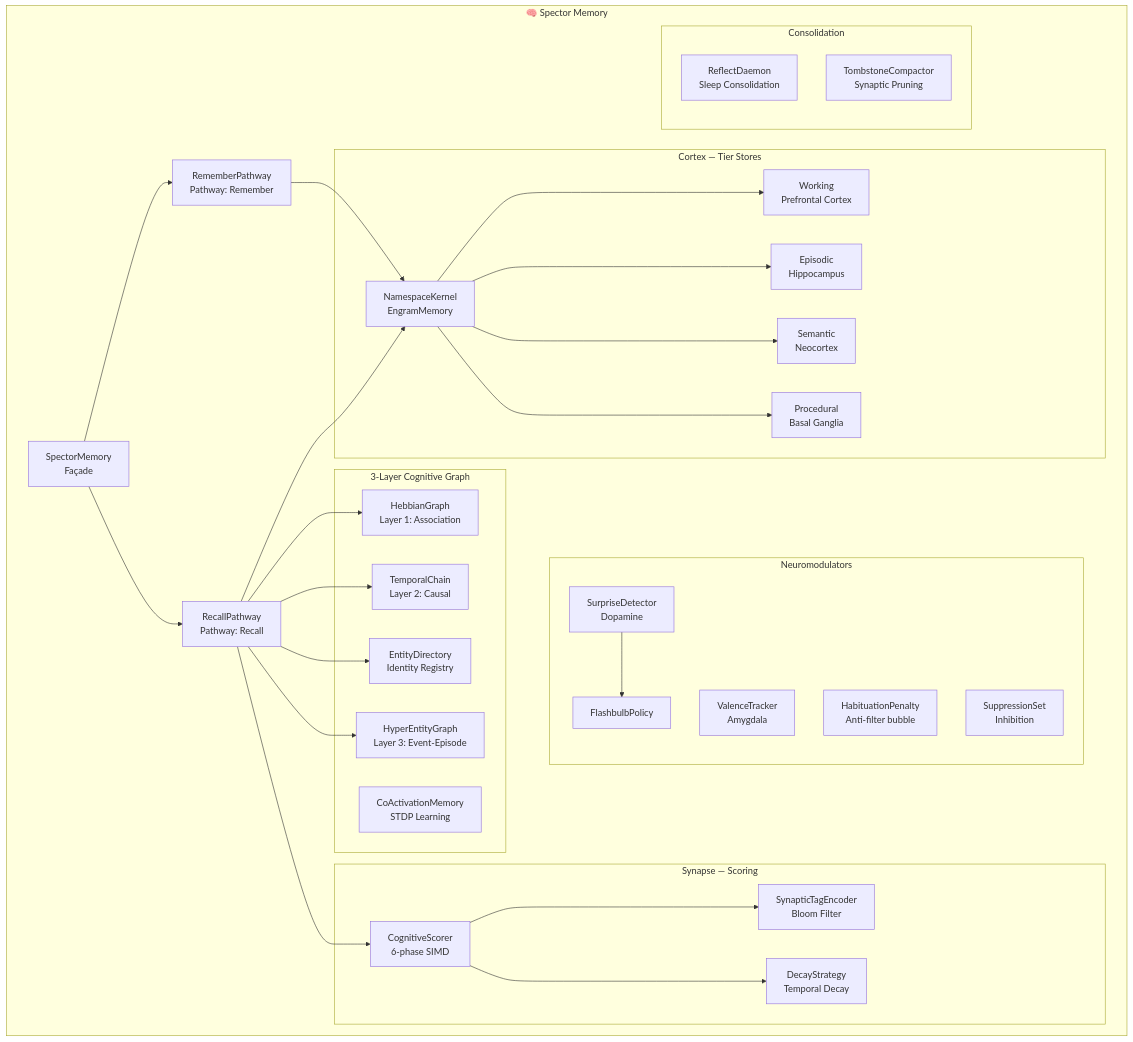
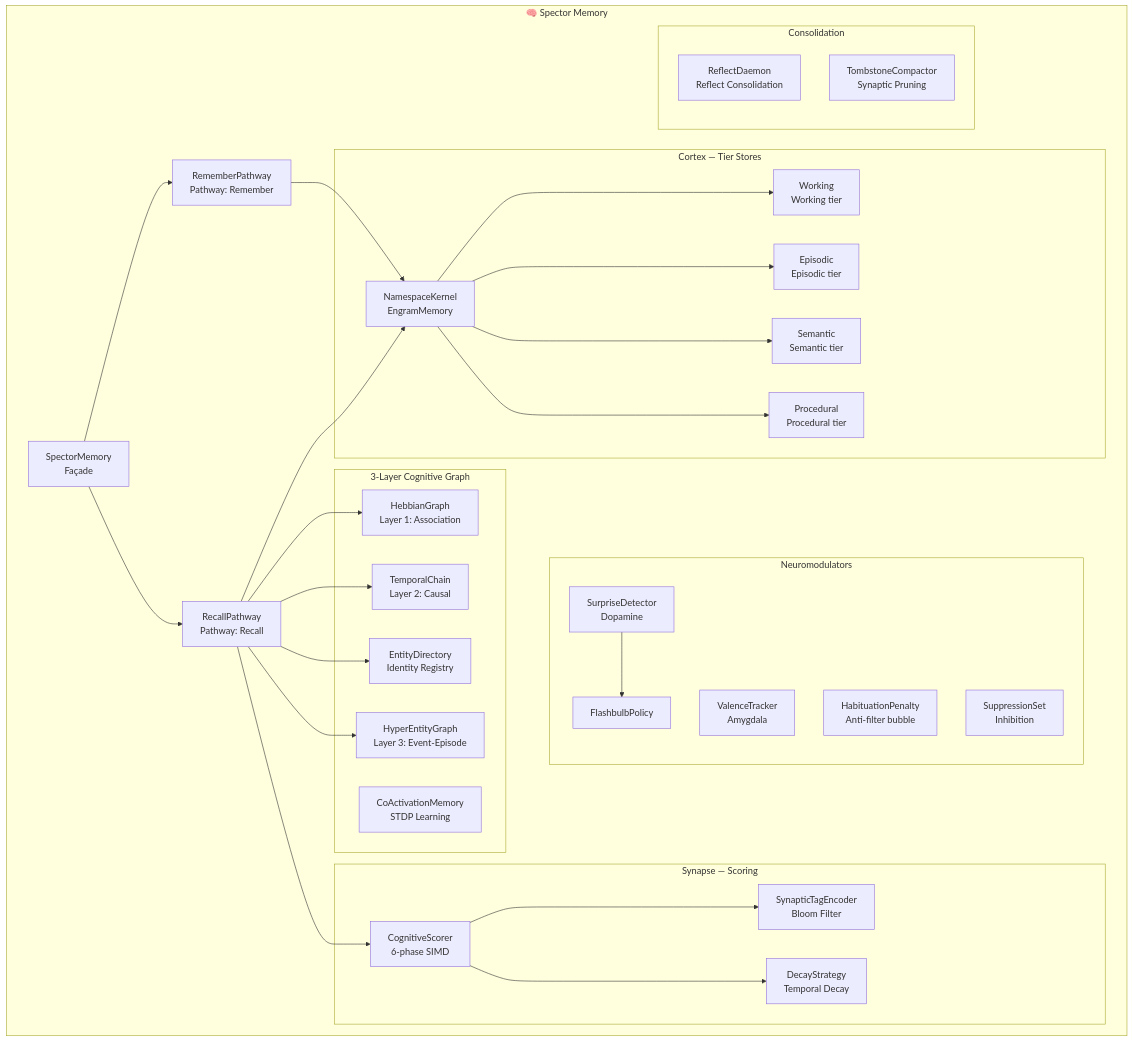
One commit to spectrayan/spector changed the second of 2 diagrams in docs/memory/index.md. Above: the diagram before and after it, drawn with Mermaid. The commit also changed other lines of this file and 50 other files, not shown here.

````diff
--- a/docs/memory/index.md
+++ b/docs/memory/index.md
@@ -114,47 +113,47 @@
 ```mermaid
 graph TB
     subgraph "🧠 Spector Memory"
         SM[SpectorMemory<br/>Façade]:::core --> CT[RememberPathway<br/>Pathway: Remember]:::core
         SM --> RP[RecallPathway<br/>Pathway: Recall]:::core
         
         subgraph "Cortex — Tier Stores"
-            NK[NamespaceKernel<br/>EngramMemory]:::core --> WM[Working<br/>Prefrontal Cortex]:::working
-            NK --> EM[Episodic<br/>Hippocampus]:::episodic
-            NK --> SE[Semantic<br/>Neocortex]:::semantic
-            NK --> PR[Procedural<br/>Basal Ganglia]:::procedural
+            NK[NamespaceKernel<br/>EngramMemory]:::core --> WM[Working<br/>Working tier]:::working
+            NK --> EM[Episodic<br/>Episodic tier]:::episodic
+            NK --> SE[Semantic<br/>Semantic tier]:::semantic
+            NK --> PR[Procedural<br/>Procedural tier]:::procedural
         end
         
         subgraph "Synapse — Scoring"
             CS[CognitiveScorer<br/>6-phase SIMD]:::synapse --> STE[SynapticTagEncoder<br/>Bloom Filter]:::synapse
             CS --> DS[DecayStrategy<br/>Temporal Decay]:::synapse
         end
         
         subgraph "Neuromodulators"
             SD[SurpriseDetector<br/>Dopamine]:::synapse --> FP[FlashbulbPolicy]:::synapse
             VT[ValenceTracker<br/>Amygdala]:::synapse
             HP[HabituationPenalty<br/>Anti-filter bubble]:::synapse
             SS[SuppressionSet<br/>Inhibition]:::synapse
         end
         
         subgraph "3-Layer Cognitive Graph"
             HG[HebbianGraph<br/>Layer 1: Association]:::core
             TC[TemporalChain<br/>Layer 2: Causal]:::core
             HEG[HyperEntityGraph<br/>Layer 3: Event-Episode]:::core
             ED[EntityDirectory<br/>Identity Registry]:::core
             CA[CoActivationMemory<br/>STDP Learning]:::core
         end
         
         subgraph "Consolidation"
-            RD[ReflectDaemon<br/>Sleep Consolidation]:::core
+            RD[ReflectDaemon<br/>Reflect Consolidation]:::core
             TCC[TombstoneCompactor<br/>Synaptic Pruning]:::core
         end
         
         CT --> NK
         RP --> CS
         RP --> NK
         RP --> HG
         RP --> TC
         RP --> ED
         RP --> HEG
     end
 ```
````
